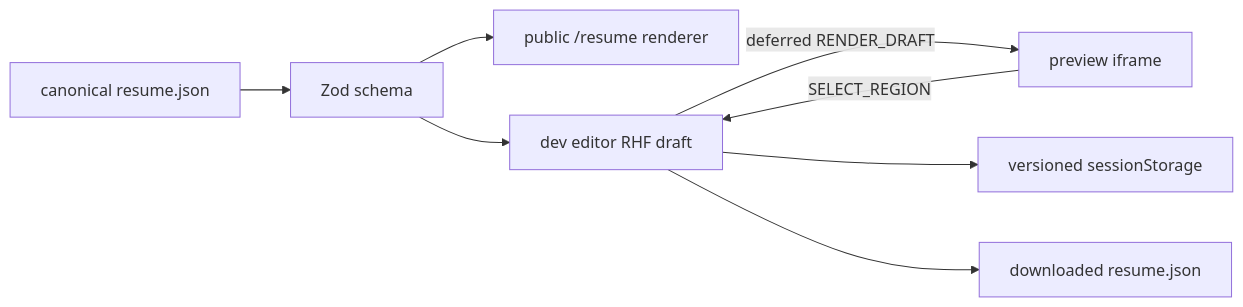
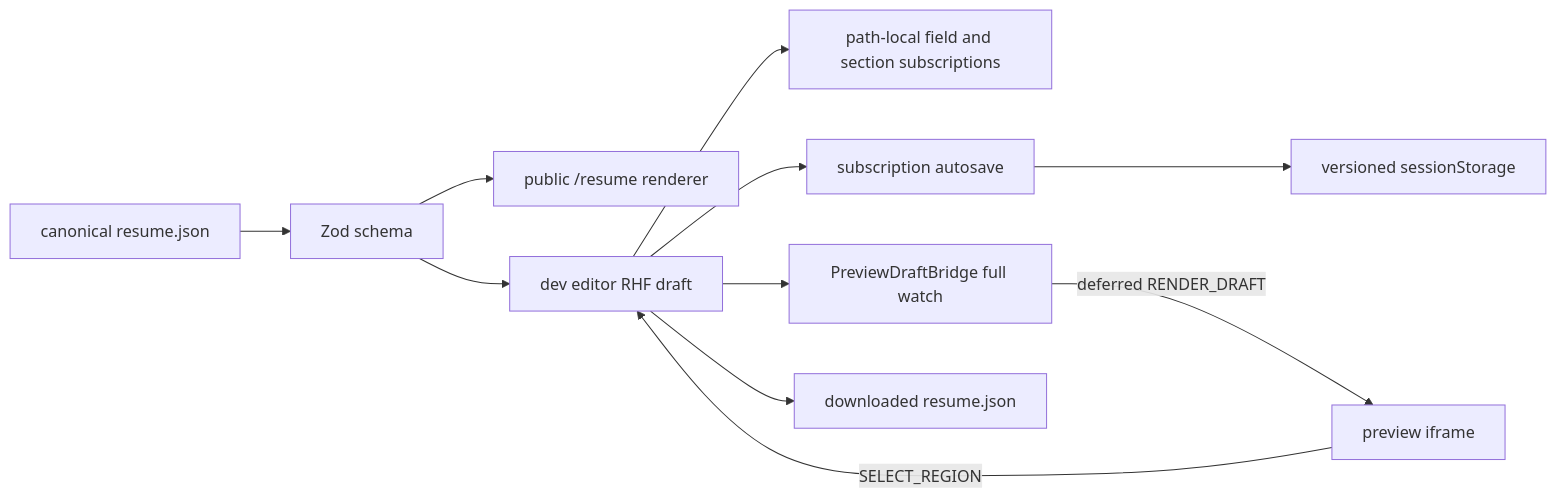
Before and after one commit to DoGeol/DoGeol.github.io: the diagram in docs/explanation/architecture.md, drawn with Mermaid. The commit also changed other lines of this file and 9 other files, not shown here.

````diff
--- a/docs/explanation/architecture.md
+++ b/docs/explanation/architecture.md
@@ -36,10 +38,13 @@
 ```mermaid
 flowchart LR
   JSON["canonical resume.json"] --> Schema["Zod schema"]
   Schema --> Public["public /resume renderer"]
   Schema --> Form["dev editor RHF draft"]
-  Form -->|"deferred RENDER_DRAFT"| Frame["preview iframe"]
+  Form --> Local["path-local field and section subscriptions"]
+  Form --> Session["subscription autosave"]
+  Form --> Bridge["PreviewDraftBridge full watch"]
+  Bridge -->|"deferred RENDER_DRAFT"| Frame["preview iframe"]
   Frame -->|"SELECT_REGION"| Form
-  Form --> Session["versioned sessionStorage"]
+  Session --> Storage["versioned sessionStorage"]
   Form --> Download["downloaded resume.json"]
 ```
````
